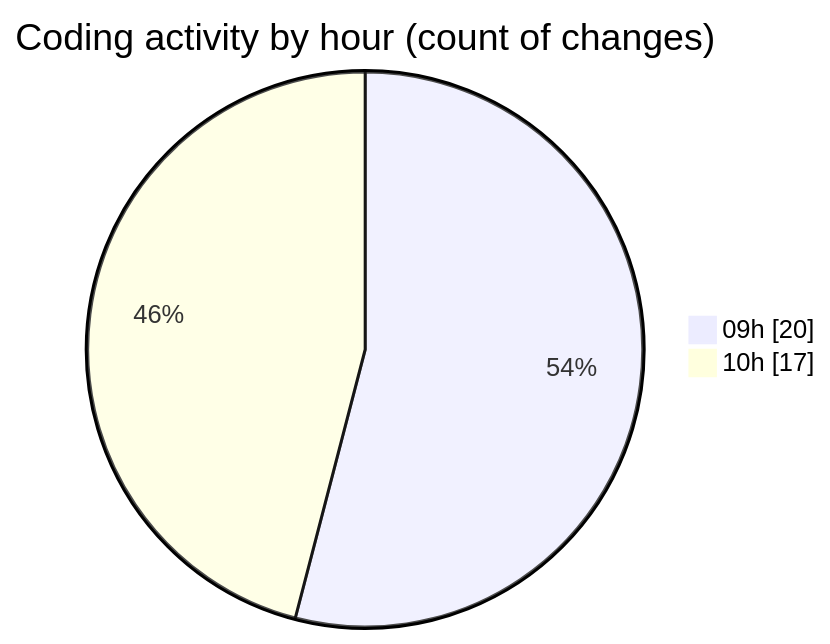
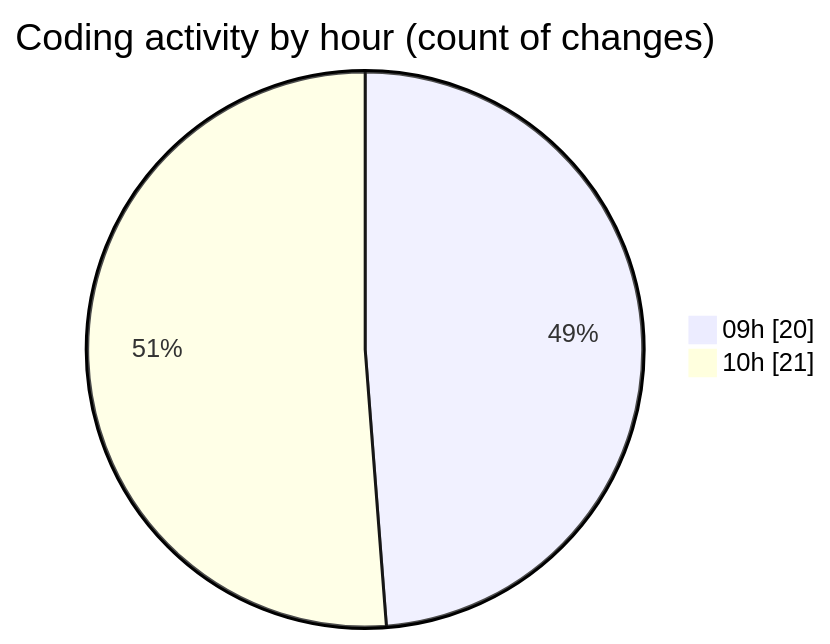
Before and after one commit to robertbonfada/code-tracking: the second of 2 diagrams in 2025-03-19/peregrino-web/README.md, drawn with Mermaid. The commit also changed other lines of this file and 1 other file, not shown here.

````diff
--- a/2025-03-19/peregrino-web/README.md
+++ b/2025-03-19/peregrino-web/README.md
@@ -34,6 +35,6 @@
 ```mermaid
 pie showData
 title Coding activity by hour (count of changes)
 "09h" : 20
-"10h" : 17
+"10h" : 21
 ```
````
